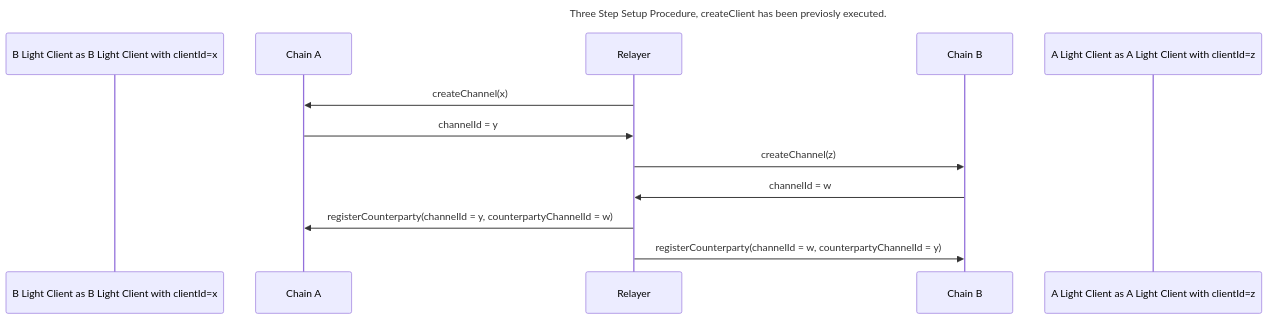
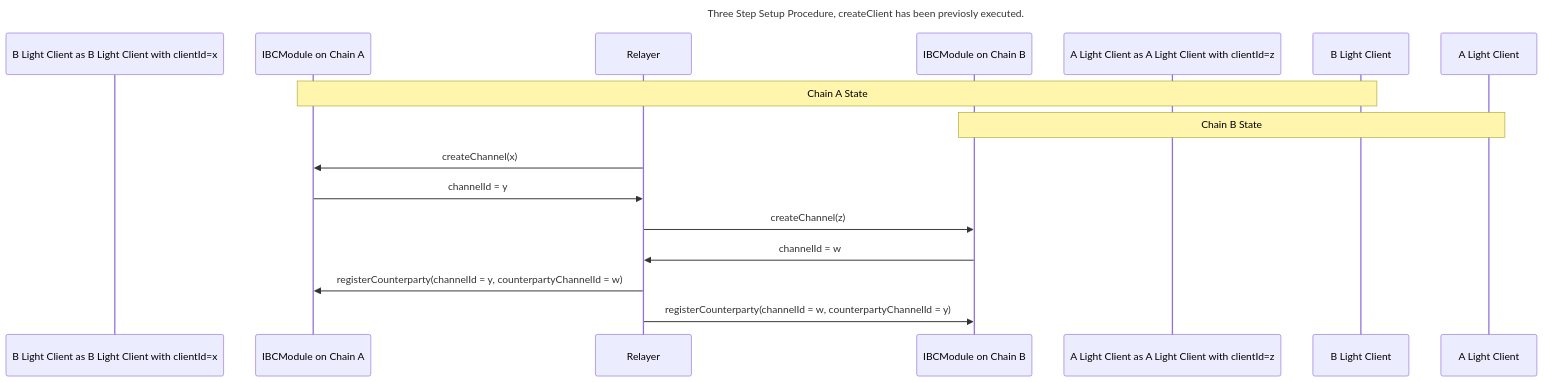
Before and after one commit to cosmos/ibc: the second of 5 diagrams in spec/core/v2/ics-004-channel-and-packet-semantics/README.md, drawn with Mermaid. The commit also changed other lines of this file and 1 other file, not shown here.

````diff
--- a/spec/core/v2/ics-004-channel-and-packet-semantics/README.md
+++ b/spec/core/v2/ics-004-channel-and-packet-semantics/README.md
@@ -248,17 +248,19 @@
 ```mermaid
 ---
 title: Three Step Setup Procedure, createClient has been previosly executed.   
 ---
 sequenceDiagram
     Participant B Light Client as B Light Client with clientId=x  
-    Participant Chain A
+    Participant IBCModule on Chain A
     Participant Relayer 
-    Participant Chain B
-    Participant A Light Client as A Light Client with clientId=z   
-    Relayer ->> Chain A : createChannel(x)
-    Chain A ->> Relayer : channelId = y
-    Relayer ->> Chain B : createChannel(z)
-    Chain B ->> Relayer : channelId = w
-    Relayer ->> Chain A : registerCounterparty(channelId = y, counterpartyChannelId = w)
-    Relayer ->> Chain B : registerCounterparty(channelId = w, counterpartyChannelId = y) 
+    Participant IBCModule on Chain B
+    Participant A Light Client as A Light Client with clientId=z
+    Note over IBCModule on Chain A, B Light Client: Chain A State
+    Note over IBCModule on Chain B, A Light Client: Chain B State   
+    Relayer ->> IBCModule on Chain A : createChannel(x)
+    IBCModule on Chain A ->> Relayer : channelId = y
+    Relayer ->> IBCModule on Chain B : createChannel(z)
+    IBCModule on Chain B ->> Relayer : channelId = w
+    Relayer ->> IBCModule on Chain A : registerCounterparty(channelId = y, counterpartyChannelId = w)
+    Relayer ->> IBCModule on Chain B : registerCounterparty(channelId = w, counterpartyChannelId = y) 
 ```
````
